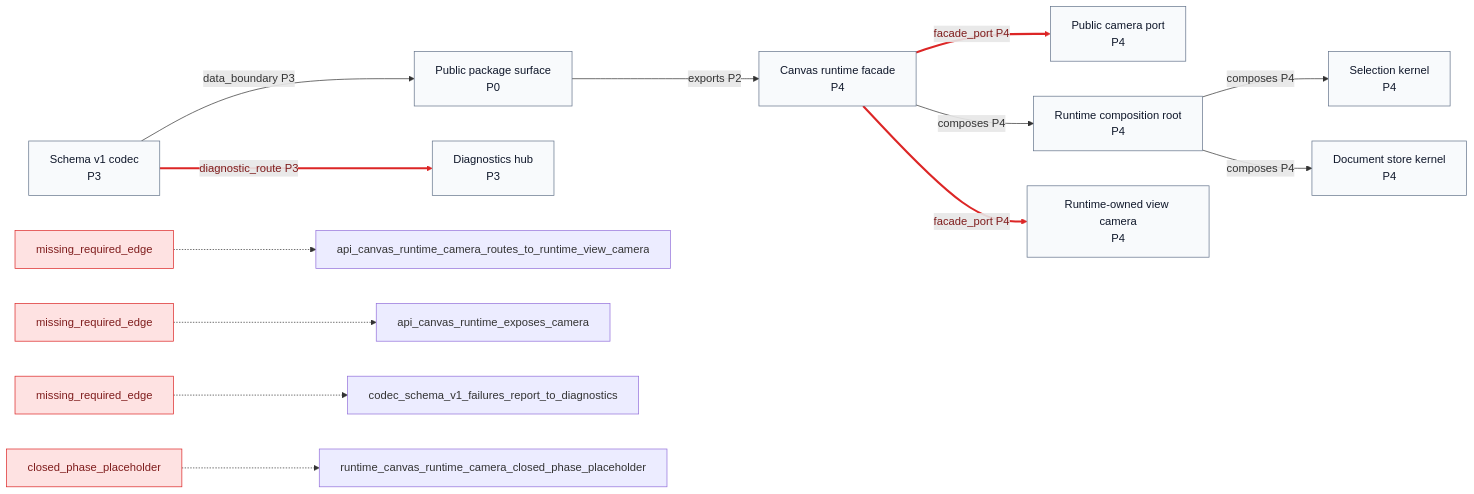
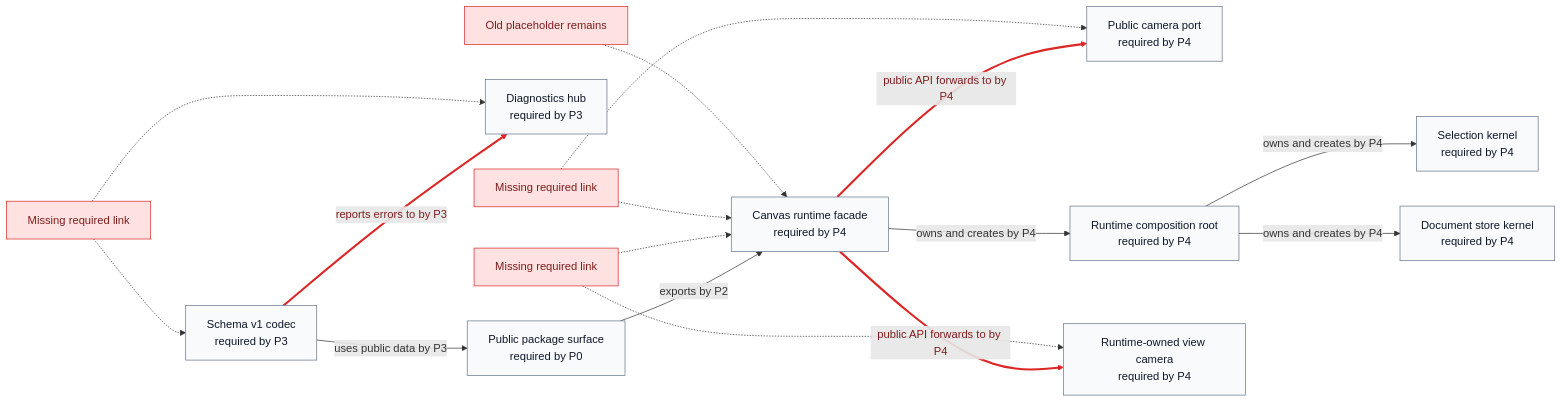
One commit to GreatPika/iwb_canvas_engine changed the diagram in docs/diagrams/generated/actual_vs_expected_diff.mmd. Above: the diagram before and after it, drawn with Mermaid. The commit also changed 5 other files, not shown here.

First line of the commit message:
fix: make generated graph views readable

```diff
--- a/docs/diagrams/generated/actual_vs_expected_diff.mmd
+++ b/docs/diagrams/generated/actual_vs_expected_diff.mmd
@@ -1,35 +1,38 @@
 %% GENERATED FILE. Do not edit by hand.
 %% Source: docs/architecture/architecture_graph.yaml
 %% View: Actual vs expected selected phase diff
 %% Selected phase: P4
 flowchart LR
-  api_camera_port["Public camera port\nP4"]:::ok
-  api_canvas_runtime["Canvas runtime facade\nP4"]:::ok
-  api_public_surface["Public package surface\nP0"]:::ok
-  codec_schema_v1["Schema v1 codec\nP3"]:::ok
-  diagnostics_hub["Diagnostics hub\nP3"]:::ok
-  runtime_root["Runtime composition root\nP4"]:::ok
-  runtime_view_camera["Runtime-owned view camera\nP4"]:::ok
-  selection_kernel["Selection kernel\nP4"]:::ok
-  store_document_kernel["Document store kernel\nP4"]:::ok
-  api_canvas_runtime -->|facade_port P4| runtime_view_camera
-  api_canvas_runtime -->|composes P4| runtime_root
-  api_canvas_runtime -->|facade_port P4| api_camera_port
-  api_public_surface -->|exports P2| api_canvas_runtime
-  codec_schema_v1 -->|diagnostic_route P3| diagnostics_hub
-  codec_schema_v1 -->|data_boundary P3| api_public_surface
-  runtime_root -->|composes P4| selection_kernel
-  runtime_root -->|composes P4| store_document_kernel
-  violation_api_canvas_runtime_camera_routes_to_runtime_view_camera["missing_required_edge"]:::violation
-  violation_api_canvas_runtime_camera_routes_to_runtime_view_camera -.-> api_canvas_runtime_camera_routes_to_runtime_view_camera
-  violation_api_canvas_runtime_exposes_camera["missing_required_edge"]:::violation
-  violation_api_canvas_runtime_exposes_camera -.-> api_canvas_runtime_exposes_camera
-  violation_codec_schema_v1_failures_report_to_diagnostics["missing_required_edge"]:::violation
-  violation_codec_schema_v1_failures_report_to_diagnostics -.-> codec_schema_v1_failures_report_to_diagnostics
-  violation_runtime_canvas_runtime_camera_closed_phase_placeholder["closed_phase_placeholder"]:::violation
-  violation_runtime_canvas_runtime_camera_closed_phase_placeholder -.-> runtime_canvas_runtime_camera_closed_phase_placeholder
+  api_camera_port["Public camera port<br/>required by P4"]:::ok
+  api_canvas_runtime["Canvas runtime facade<br/>required by P4"]:::ok
+  api_public_surface["Public package surface<br/>required by P0"]:::ok
+  codec_schema_v1["Schema v1 codec<br/>required by P3"]:::ok
+  diagnostics_hub["Diagnostics hub<br/>required by P3"]:::ok
+  runtime_root["Runtime composition root<br/>required by P4"]:::ok
+  runtime_view_camera["Runtime-owned view camera<br/>required by P4"]:::ok
+  selection_kernel["Selection kernel<br/>required by P4"]:::ok
+  store_document_kernel["Document store kernel<br/>required by P4"]:::ok
+  api_canvas_runtime -->|public API forwards to by P4| runtime_view_camera
+  api_canvas_runtime -->|owns and creates by P4| runtime_root
+  api_canvas_runtime -->|public API forwards to by P4| api_camera_port
+  api_public_surface -->|exports by P2| api_canvas_runtime
+  codec_schema_v1 -->|reports errors to by P3| diagnostics_hub
+  codec_schema_v1 -->|uses public data by P3| api_public_surface
+  runtime_root -->|owns and creates by P4| selection_kernel
+  runtime_root -->|owns and creates by P4| store_document_kernel
+  violation_api_canvas_runtime_camera_routes_to_runtime_view_camera["Missing required link"]:::violation
+  violation_api_canvas_runtime_camera_routes_to_runtime_view_camera -.-> api_canvas_runtime
+  violation_api_canvas_runtime_camera_routes_to_runtime_view_camera -.-> runtime_view_camera
+  violation_api_canvas_runtime_exposes_camera["Missing required link"]:::violation
+  violation_api_canvas_runtime_exposes_camera -.-> api_canvas_runtime
+  violation_api_canvas_runtime_exposes_camera -.-> api_camera_port
+  violation_codec_schema_v1_failures_report_to_diagnostics["Missing required link"]:::violation
+  violation_codec_schema_v1_failures_report_to_diagnostics -.-> codec_schema_v1
+  violation_codec_schema_v1_failures_report_to_diagnostics -.-> diagnostics_hub
+  violation_runtime_canvas_runtime_camera_closed_phase_placeholder["Old placeholder remains"]:::violation
+  violation_runtime_canvas_runtime_camera_closed_phase_placeholder -.-> api_canvas_runtime
   classDef ok fill:#f8fafc,stroke:#64748b,color:#0f172a
   classDef violation fill:#fee2e2,stroke:#dc2626,color:#7f1d1d
   linkStyle 0 stroke:#dc2626,stroke-width:3px,color:#7f1d1d
   linkStyle 2 stroke:#dc2626,stroke-width:3px,color:#7f1d1d
   linkStyle 4 stroke:#dc2626,stroke-width:3px,color:#7f1d1d
```
